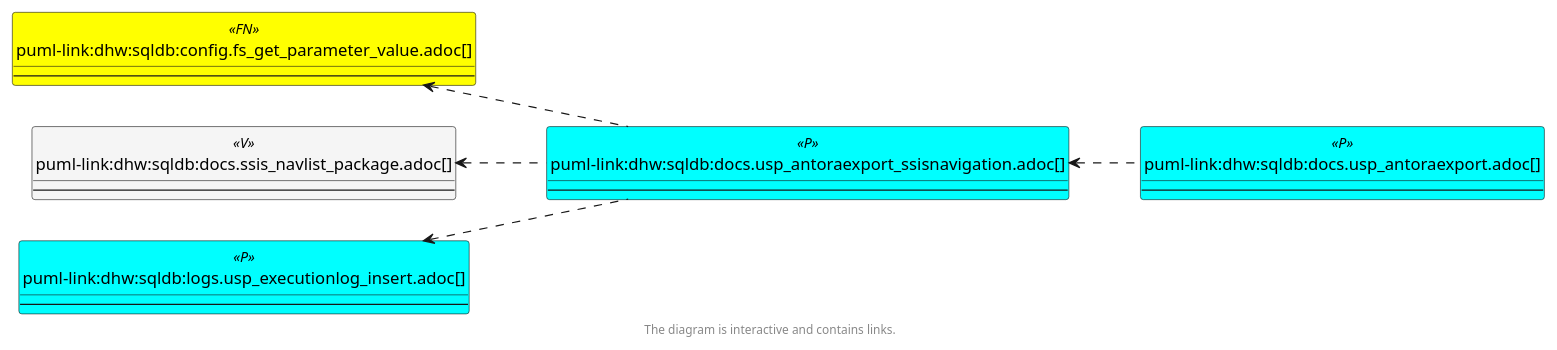
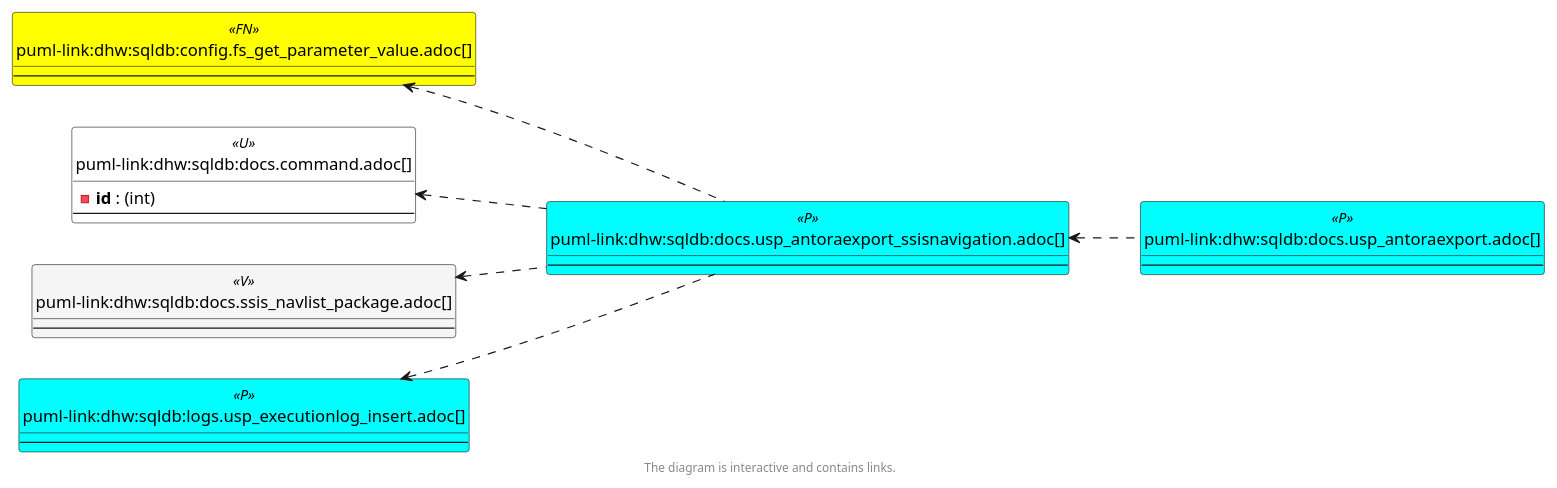
One commit to DataHandwerk/dhw-antora-sqldb changed the third of 6 diagrams in docs/modules/sqldb/partials/content/docs.usp_antoraexport_ssisnavigation.adoc. Above: the diagram before and after it, drawn with PlantUML. The commit also changed other lines of this file and 701 other files, not shown here.

```diff
--- a/docs/modules/sqldb/partials/content/docs.usp_antoraexport_ssisnavigation.adoc
+++ b/docs/modules/sqldb/partials/content/docs.usp_antoraexport_ssisnavigation.adoc
@@ -625,59 +631,65 @@
 [plantuml, entity_1_1_objectref-{docname}, svg, subs=macros]
 ....
 @startuml
 left to right direction
 'top to bottom direction
 hide circle
 'avoide "." issues:
 set namespaceSeparator none
 
 
 skinparam class {
   BackgroundColor White
   BackgroundColor<<FN>> Yellow
   BackgroundColor<<FS>> Yellow
   BackgroundColor<<FT>> LightGray
   BackgroundColor<<IF>> Yellow
   BackgroundColor<<IS>> Yellow
   BackgroundColor<<P>>  Aqua
   BackgroundColor<<PC>> Aqua
   BackgroundColor<<SN>> Yellow
   BackgroundColor<<SO>> SlateBlue
   BackgroundColor<<TF>> LightGray
   BackgroundColor<<TR>> Tomato
   BackgroundColor<<U>>  White
   BackgroundColor<<V>>  WhiteSmoke
   BackgroundColor<<X>>  Aqua
   BackgroundColor<<external>> AliceBlue
 }
 
 
 entity "puml-link:dhw:sqldb:config.fs_get_parameter_value.adoc[]" as config.fs_get_parameter_value << FN >> {
   --
 }
 
+entity "puml-link:dhw:sqldb:docs.command.adoc[]" as docs.command << U >> {
+  - **id** : (int)
+  --
+}
+
 entity "puml-link:dhw:sqldb:docs.ssis_navlist_package.adoc[]" as docs.ssis_navlist_package << V >> {
   --
 }
 
 entity "puml-link:dhw:sqldb:docs.usp_antoraexport.adoc[]" as docs.usp_AntoraExport << P >> {
   --
 }
 
 entity "puml-link:dhw:sqldb:docs.usp_antoraexport_ssisnavigation.adoc[]" as docs.usp_AntoraExport_SsisNavigation << P >> {
   --
 }
 
 entity "puml-link:dhw:sqldb:logs.usp_executionlog_insert.adoc[]" as logs.usp_ExecutionLog_insert << P >> {
   --
 }
 
 config.fs_get_parameter_value <.. docs.usp_AntoraExport_SsisNavigation
+docs.command <.. docs.usp_AntoraExport_SsisNavigation
 docs.ssis_navlist_package <.. docs.usp_AntoraExport_SsisNavigation
 docs.usp_AntoraExport_SsisNavigation <.. docs.usp_AntoraExport
 logs.usp_ExecutionLog_insert <.. docs.usp_AntoraExport_SsisNavigation
 
 footer The diagram is interactive and contains links.
 
 @enduml
 ....
```
